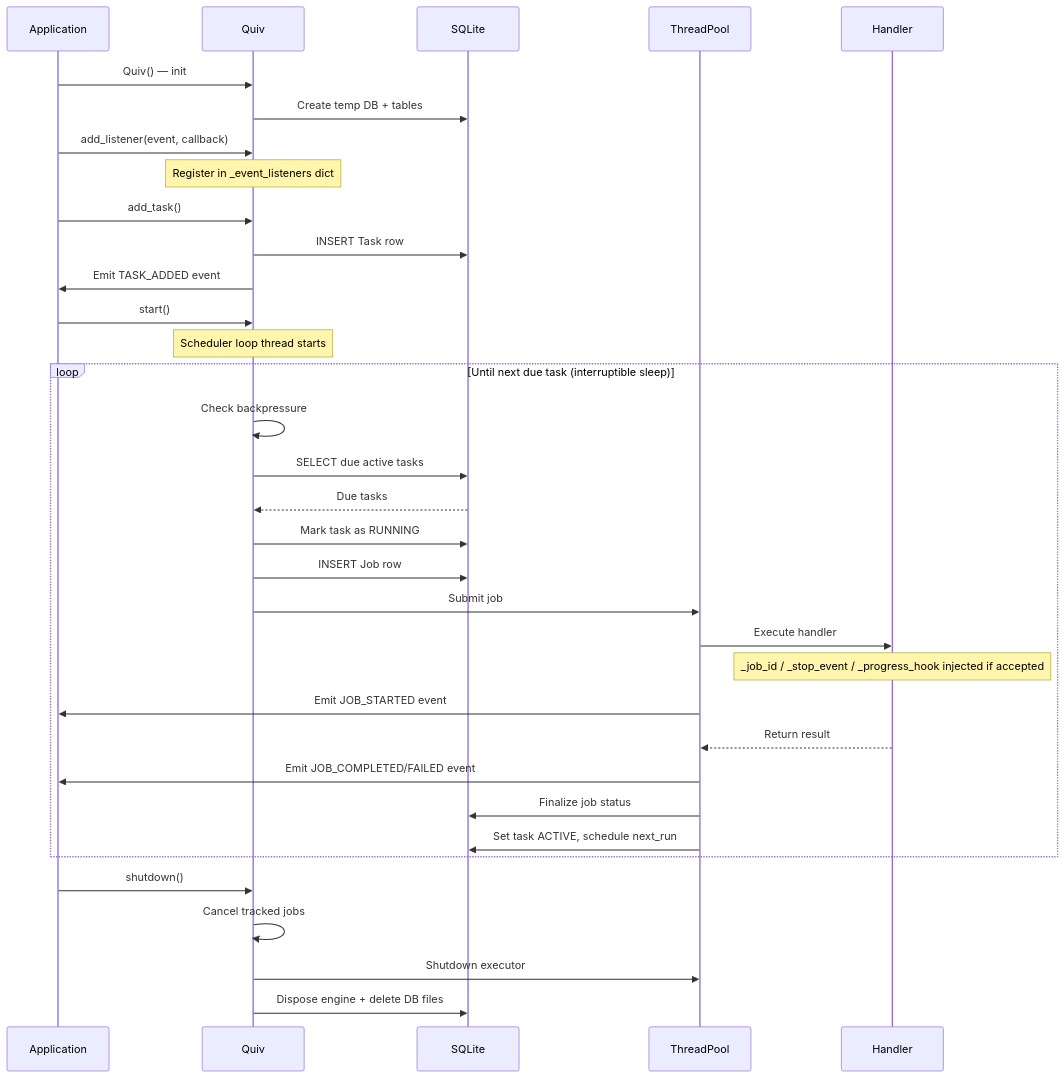
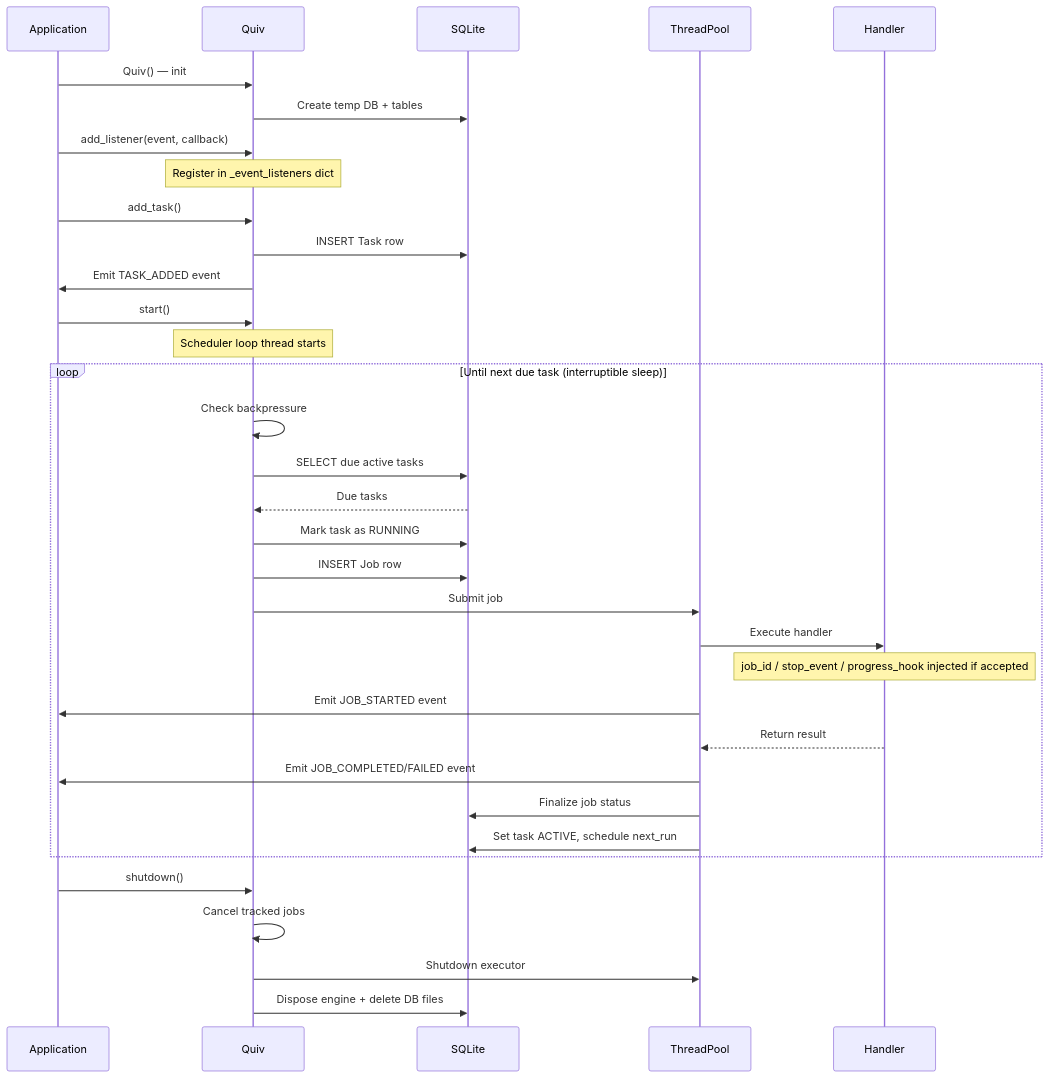
One commit to nandyalu/quiv changed the diagram in docs/architecture.md. Above: the diagram before and after it, drawn with Mermaid. The commit also changed other lines of this file and 31 other files, not shown here.

````diff
--- a/docs/architecture.md
+++ b/docs/architecture.md
@@ -13,42 +13,42 @@
 ```mermaid
 sequenceDiagram
     participant App as Application
     participant Q as Quiv
     participant DB as SQLite
     participant Pool as ThreadPool
     participant H as Handler
 
     App->>Q: Quiv() — init
     Q->>DB: Create temp DB + tables
 
     App->>Q: add_listener(event, callback)
     Note over Q: Register in _event_listeners dict
 
     App->>Q: add_task()
     Q->>DB: INSERT Task row
     Q->>App: Emit TASK_ADDED event
 
     App->>Q: start()
     Note over Q: Scheduler loop thread starts
 
     loop Until next due task (interruptible sleep)
         Q->>Q: Check backpressure
         Q->>DB: SELECT due active tasks
         DB-->>Q: Due tasks
         Q->>DB: Mark task as RUNNING
         Q->>DB: INSERT Job row
         Q->>Pool: Submit job
         Pool->>H: Execute handler
-        Note over H: _job_id / _stop_event / _progress_hook injected if accepted
+        Note over H: job_id / stop_event / progress_hook injected if accepted
         Pool->>App: Emit JOB_STARTED event
         H-->>Pool: Return result
         Pool->>App: Emit JOB_COMPLETED/FAILED event
         Pool->>DB: Finalize job status
         Pool->>DB: Set task ACTIVE, schedule next_run
     end
 
     App->>Q: shutdown()
     Q->>Q: Cancel tracked jobs
     Q->>Pool: Shutdown executor
     Q->>DB: Dispose engine + delete DB files
 ```
````
